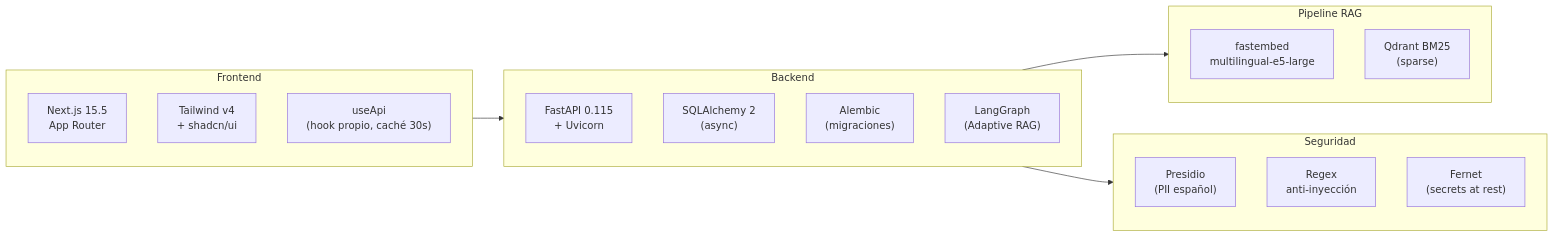
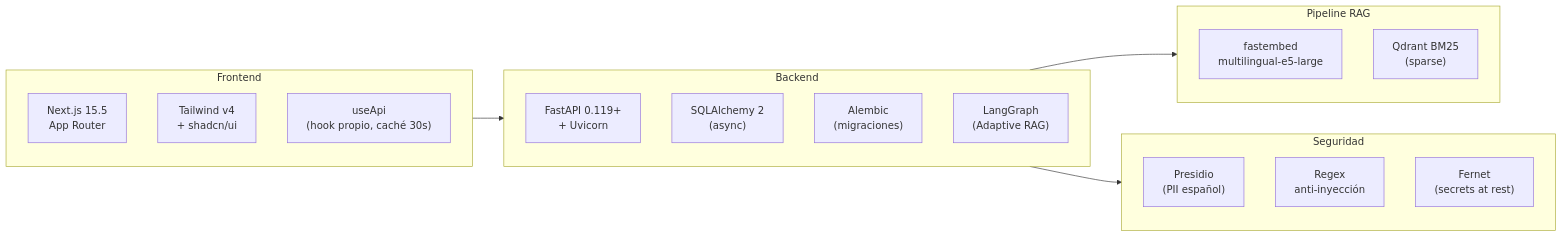
Before and after one commit to AdoDeveloper/chatbot-uso: the second of 6 diagrams in docs/ARCHITECTURE.md, drawn with Mermaid. The commit also changed other lines of this file and 4 other files, not shown here.

````diff
--- a/docs/ARCHITECTURE.md
+++ b/docs/ARCHITECTURE.md
@@ -57,30 +57,30 @@
 ```mermaid
 flowchart LR
     subgraph fe["Frontend"]
         next["Next.js 15.5<br/>App Router"]
         tw["Tailwind v4<br/>+ shadcn/ui"]
         rq["useApi<br/>(hook propio, caché 30s)"]
     end
 
     subgraph be["Backend"]
-        fa["FastAPI 0.115<br/>+ Uvicorn"]
+        fa["FastAPI 0.119+<br/>+ Uvicorn"]
         sa["SQLAlchemy 2<br/>(async)"]
         al["Alembic<br/>(migraciones)"]
         lg["LangGraph<br/>(Adaptive RAG)"]
     end
 
     subgraph emb["Pipeline RAG"]
         fe2["fastembed<br/>multilingual-e5-large"]
         bm25["Qdrant BM25<br/>(sparse)"]
     end
 
     subgraph guard["Seguridad"]
         presidio["Presidio<br/>(PII español)"]
         regex["Regex<br/>anti-inyección"]
         fernet["Fernet<br/>(secrets at rest)"]
     end
 
     fe --> be
     be --> emb
     be --> guard
 ```
````
